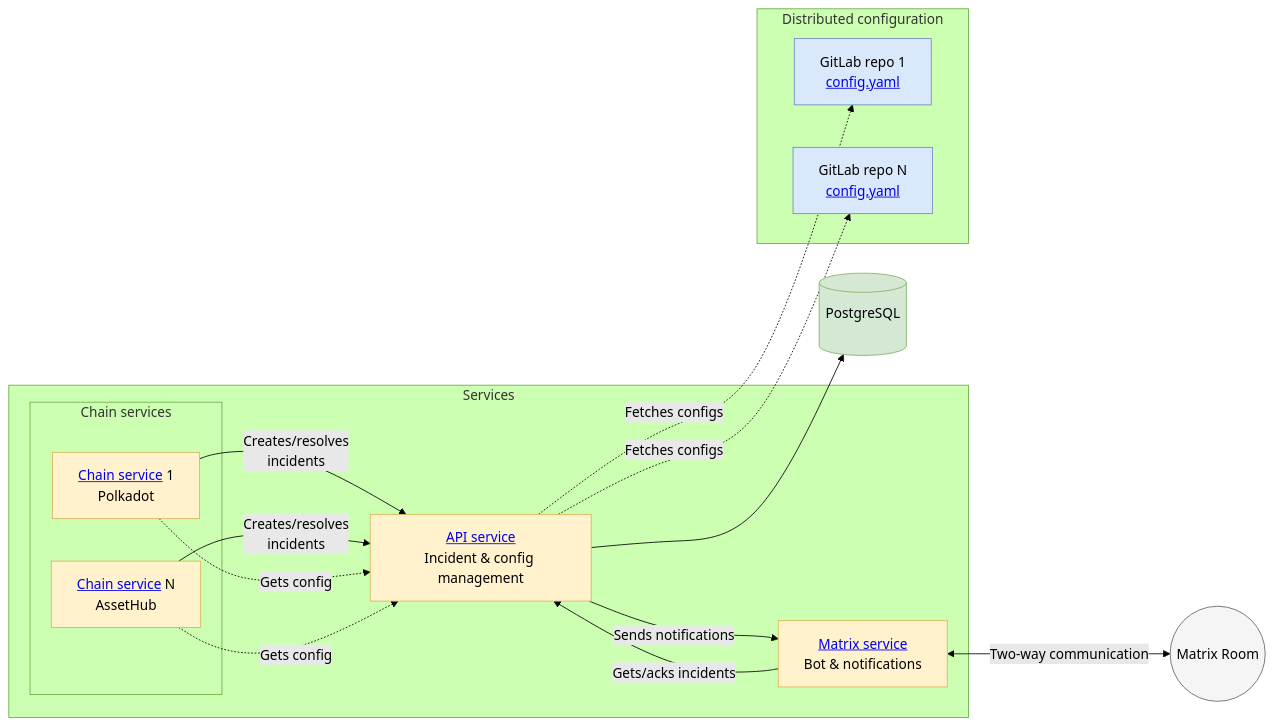
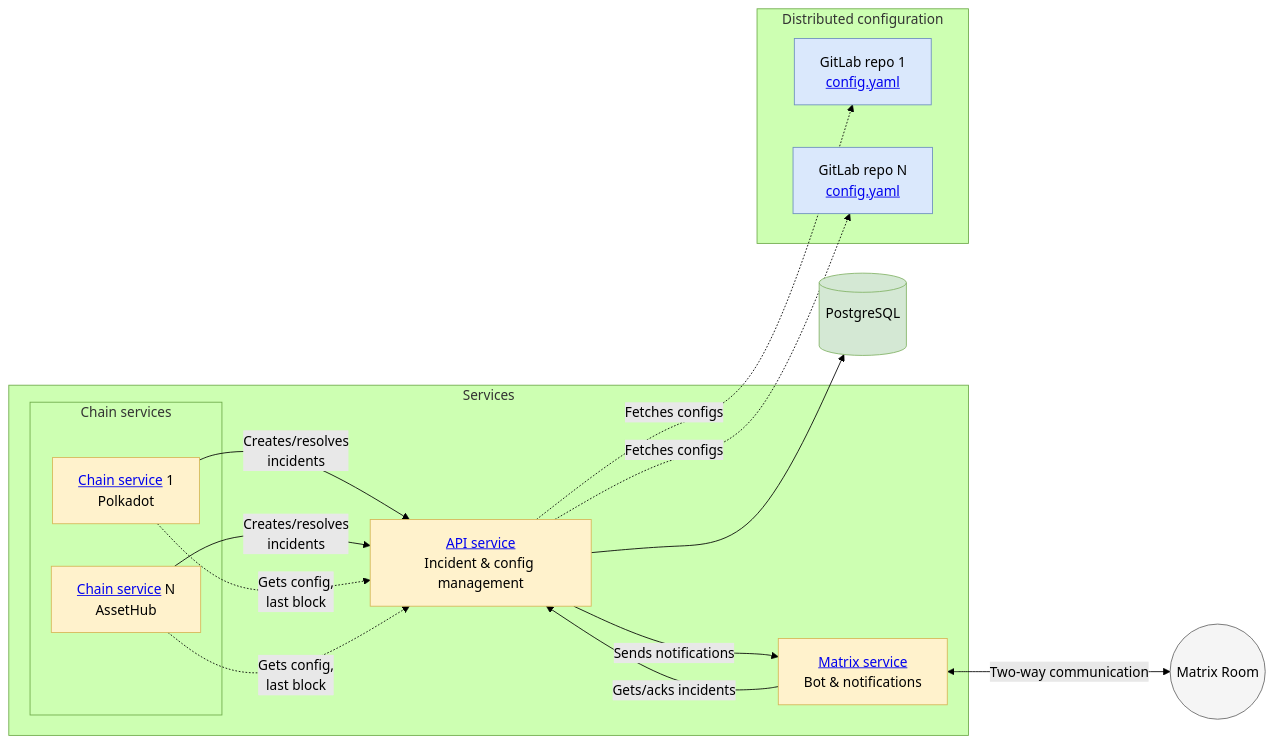
The diagram in README.md (w3f/polguard), drawn with Mermaid (forest theme) before and after one commit. The commit also changed other lines of this file and 43 other files, not shown here.

````diff
--- a/README.md
+++ b/README.md
@@ -9,37 +9,37 @@
 ```mermaid
 graph LR
     %% Core Services
     subgraph Services
         subgraph "Chain services"
             Chain1["<a href='https://github.com/w3f/monitoring-platform/blob/master/packages/chain/README.md' title='Chain Service Documentation'>Chain service</a> 1<br>Polkadot"]:::service
             Chain2["<a href='https://github.com/w3f/monitoring-platform/blob/master/packages/chain/README.md' title='Chain Service Documentation'>Chain service</a> N<br>AssetHub"]:::service
         end
         API["<a href='https://github.com/w3f/monitoring-platform/blob/master/packages/api/README.md' title='API Service Documentation'>API service</a><br>Incident & config management"]:::service
         Matrix["<a href='https://github.com/w3f/monitoring-platform/blob/master/packages/matrix/README.md' title='Matrix Service Documentation'>Matrix service</a><br>Bot & notifications"]:::service
     end
     
     %% External Components
     Postgres[(PostgreSQL<br><br>)]:::database
     
     subgraph "Distributed configuration"
         GitLab1["GitLab repo 1<br><a href='https://github.com/w3f/monitoring-platform/blob/master/packages/config/CONFIG_GUIDE.md' title='Configuration Guide'>config.yaml</a>"]:::config
         GitLab2["GitLab repo N<br><a href='https://github.com/w3f/monitoring-platform/blob/master/packages/config/CONFIG_GUIDE.md' title='Configuration Guide'>config.yaml</a>"]:::config
     end
     
     Room((Matrix Room)):::external
     
     %% Connections with simplified labels
     Chain1 & Chain2 -->|Creates/resolves<br>incidents| API
-    Chain1 & Chain2 -.->|Gets config| API
+    Chain1 & Chain2 -.->|Gets config,<br>last block| API
     API -->|Sends notifications| Matrix
     Matrix -->|Gets/acks incidents| API
     Matrix <-->|Two-way communication| Room
     API -.->|Fetches configs| GitLab1 & GitLab2
     API --> Postgres
     
     %% Styling
     classDef service fill:#FFF2CC,stroke:#D6B656,stroke-width:1px
     classDef database fill:#D4E8D4,stroke:#82B366,stroke-width:1px
     classDef config fill:#DAE8FC,stroke:#6C8EBF,stroke-width:1px
     classDef external fill:#F5F5F5,stroke:#666666,stroke-width:1px
 ```
````
